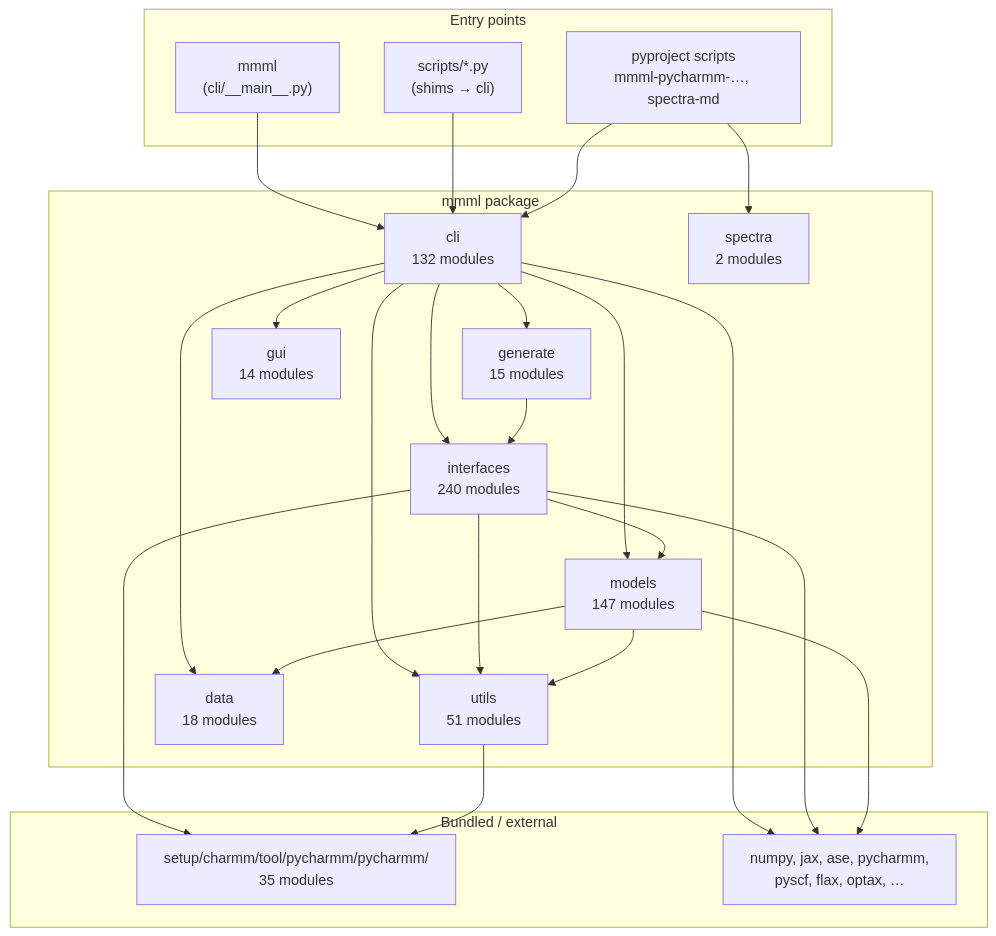
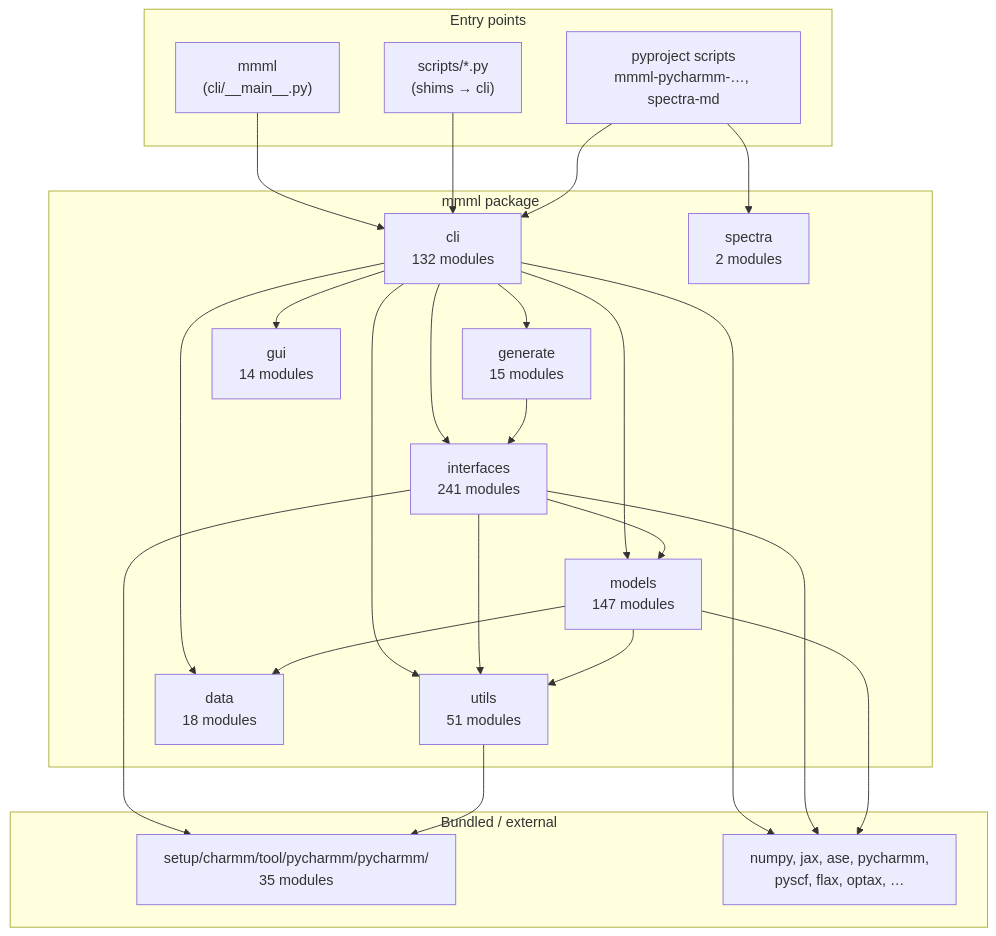
Before and after one commit to EricBoittier/mmml: the first of 8 diagrams in docs/package-architecture.md, drawn with Mermaid.

Commit message:
docs: refresh architecture counts for CI

````diff
--- a/docs/package-architecture.md
+++ b/docs/package-architecture.md
@@ -13,48 +13,48 @@
 ```mermaid
 flowchart TB
   subgraph entry["Entry points"]
     MMML["mmml\n(cli/__main__.py)"]
     SCRIPTS["scripts/*.py\n(shims → cli)"]
     PKG["pyproject scripts\nmmml-pycharmm-…, spectra-md"]
   end
 
   subgraph mmml_pkg["mmml package"]
     CLI["cli\n132 modules"]
-    IFACE["interfaces\n240 modules"]
+    IFACE["interfaces\n241 modules"]
     MODELS["models\n147 modules"]
     UTILS["utils\n51 modules"]
     DATA["data\n18 modules"]
     GEN["generate\n15 modules"]
     GUI["gui\n14 modules"]
     SPEC["spectra\n2 modules"]
   end
 
   subgraph vendor["Bundled / external"]
     PYCH["setup/charmm/tool/pycharmm/pycharmm/\n35 modules"]
     EXT["numpy, jax, ase, pycharmm,\npyscf, flax, optax, …"]
   end
 
   MMML --> CLI
   SCRIPTS --> CLI
   PKG --> CLI
   PKG --> SPEC
 
   CLI --> IFACE
   CLI --> MODELS
   CLI --> DATA
   CLI --> UTILS
   CLI --> GEN
   CLI --> GUI
 
   IFACE --> MODELS
   IFACE --> UTILS
   IFACE --> PYCH
   MODELS --> UTILS
   MODELS --> DATA
   UTILS --> PYCH
   GEN --> IFACE
 
   CLI --> EXT
   IFACE --> EXT
   MODELS --> EXT
 ```
````
